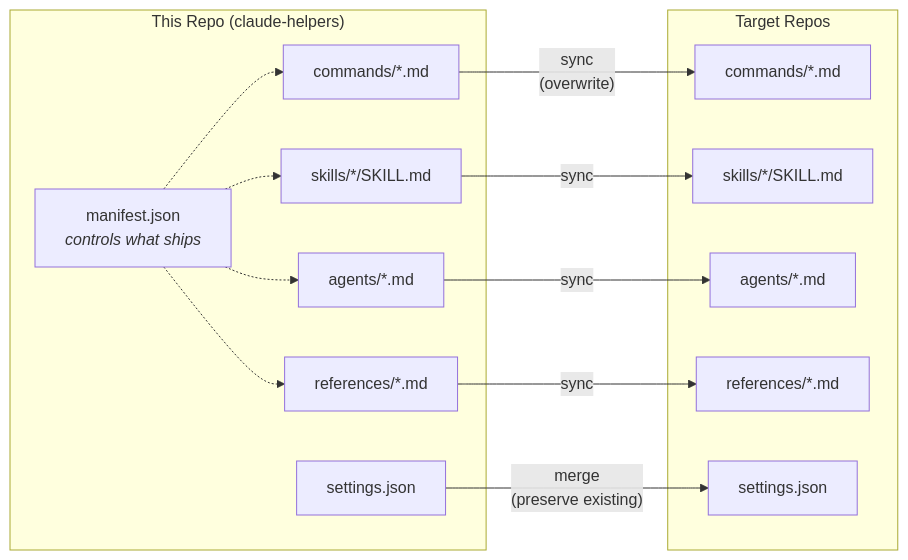
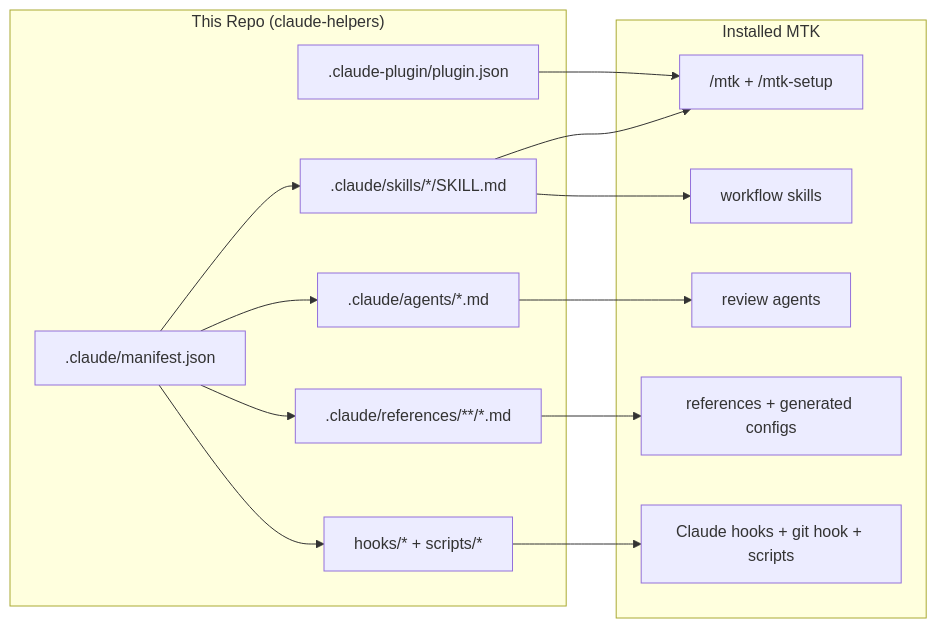
The diagram in CONTRIBUTING.md (moberghr/mtk-agent-toolkit), drawn with Mermaid before and after one commit. The commit also changed other lines of this file and 10 other files, not shown here.

````diff
--- a/CONTRIBUTING.md
+++ b/CONTRIBUTING.md
@@ -9,29 +15,30 @@
 ```mermaid
 graph LR
-    subgraph Central["This Repo (claude-helpers)"]
-        commands["commands/*.md"]
-        skills["skills/*/SKILL.md"]
-        agents["agents/*.md"]
-        refs["references/*.md"]
-        manifest["manifest.json<br/><i>controls what ships</i>"]
-        settings["settings.json"]
+    subgraph Repo["This Repo (claude-helpers)"]
+        skills[".claude/skills/*/SKILL.md"]
+        agents[".claude/agents/*.md"]
+        refs[".claude/references/**/*.md"]
+        hooks["hooks/* + scripts/*"]
+        manifest[".claude/manifest.json"]
+        plugin[".claude-plugin/plugin.json"]
     end
 
-    subgraph Target["Target Repos"]
-        t_commands["commands/*.md"]
-        t_skills["skills/*/SKILL.md"]
-        t_agents["agents/*.md"]
-        t_refs["references/*.md"]
-        t_settings["settings.json"]
+    subgraph Runtime["Installed MTK"]
+        entry["/mtk + /mtk-setup"]
+        workflows["workflow skills"]
+        reviewers["review agents"]
+        rules["references + generated configs"]
+        enforcement["Claude hooks + git hook + scripts"]
     end
 
-    commands -- "sync<br/>(overwrite)" --> t_commands
-    skills -- "sync" --> t_skills
-    agents -- "sync" --> t_agents
-    refs -- "sync" --> t_refs
-    settings -- "merge<br/>(preserve existing)" --> t_settings
-    manifest -.-> commands
-    manifest -.-> skills
-    manifest -.-> agents
-    manifest -.-> refs
+    skills --> entry
+    skills --> workflows
+    agents --> reviewers
+    refs --> rules
+    hooks --> enforcement
+    manifest --> skills
+    manifest --> agents
+    manifest --> refs
+    manifest --> hooks
+    plugin --> entry
 ```
````
